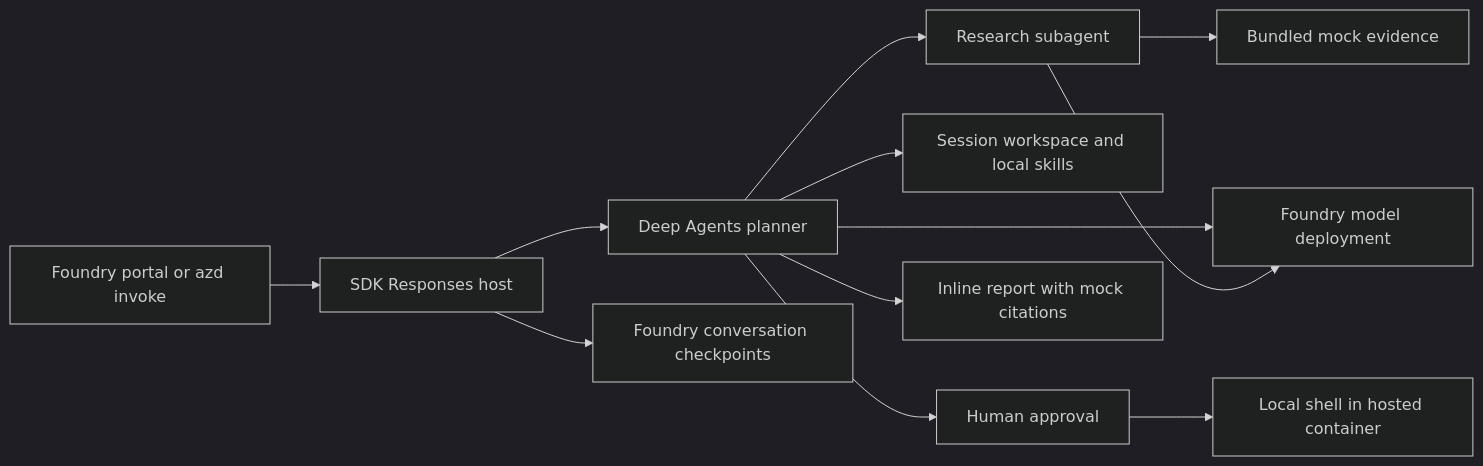
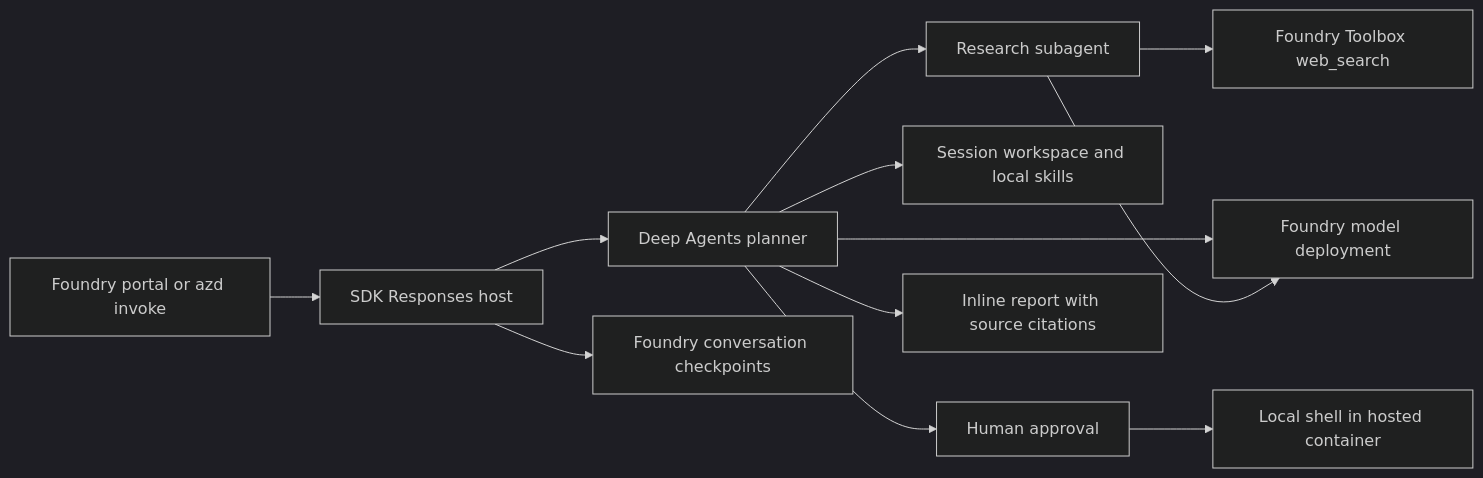
Before and after one commit to microsoft/Foundry-Agent-Solution-Templates: the diagram in deep-agents/README.md, drawn with Mermaid (dark theme). The commit also changed other lines of this file and 9 other files, not shown here.

Commit message:
feat(deep-agents): replace mock research with Foundry Toolbox search

````diff
--- a/deep-agents/README.md
+++ b/deep-agents/README.md
@@ -37,14 +36,14 @@
 ```mermaid
 flowchart LR
     Client[Foundry portal or azd invoke] --> Host[SDK Responses host]
     Host --> Planner[Deep Agents planner]
     Planner --> Researcher[Research subagent]
-    Researcher --> Mock[Bundled mock evidence]
+    Researcher --> Toolbox[Foundry Toolbox web_search]
     Planner --> Files[Session workspace and local skills]
     Planner --> Approval[Human approval]
     Approval --> Shell[Local shell in hosted container]
     Host --> State[Foundry conversation checkpoints]
     Planner --> Model[Foundry model deployment]
     Researcher --> Model
-    Planner --> Report[Inline report with mock citations]
+    Planner --> Report[Inline report with source citations]
 ```
````
